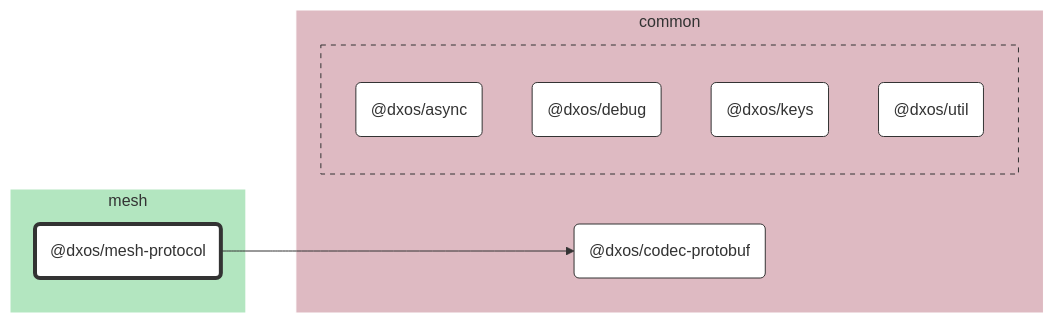
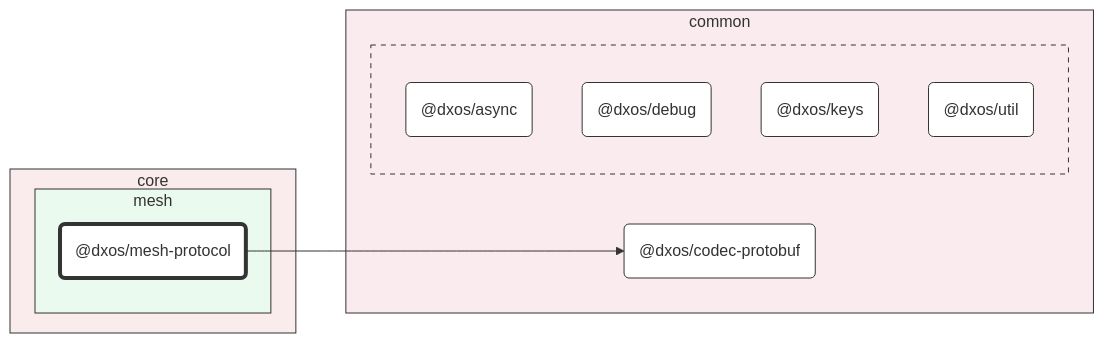
Before and after one commit to dxos/dxos: the diagram in packages/core/mesh/mesh-protocol/docs/README.md, drawn with Mermaid. The commit also changed 93 other files, not shown here.

First line of the commit message:
chore: hierarchical graphs. (#1583)

````diff
--- a/packages/core/mesh/mesh-protocol/docs/README.md
+++ b/packages/core/mesh/mesh-protocol/docs/README.md
@@ -7,39 +7,43 @@
 ```mermaid
 %%{ init: {'flowchart':{'curve':'basis'}} }%%
 
 flowchart LR
 
 %% Classes
 classDef def fill:#fff,stroke:#333,stroke-width:1px
 classDef root fill:#fff,stroke:#333,stroke-width:4px
 
 %% Nodes
 
-subgraph mesh [mesh]
-  style mesh fill:#b3e6c0,stroke:#fff
-  dxos/mesh-protocol("@dxos/mesh-protocol"):::root
-  click dxos/mesh-protocol "dxos/dxos/tree/main/packages/core/mesh/mesh-protocol/docs"
+subgraph core [core]
+  style core fill:#faebec,stroke:#333
+
+  subgraph mesh [mesh]
+    style mesh fill:#ebfaef,stroke:#333
+    dxos/mesh-protocol("@dxos/mesh-protocol"):::root
+    click dxos/mesh-protocol "dxos/dxos/tree/main/packages/core/mesh/mesh-protocol/docs"
+  end
 end
 
 subgraph common [common]
-  style common fill:#debac2,stroke:#fff
+  style common fill:#faebee,stroke:#333
   dxos/codec-protobuf("@dxos/codec-protobuf"):::def
   click dxos/codec-protobuf "dxos/dxos/tree/main/packages/common/codec-protobuf/docs"
 
-  subgraph common-excluded [ ]
-    style common-excluded fill:#debac2,stroke:#333,stroke-dasharray:5 5
+  subgraph _ [ ]
+    style _ fill:#faebee,stroke:#333,stroke-dasharray:5 5
     dxos/async("@dxos/async"):::def
     click dxos/async "dxos/dxos/tree/main/packages/common/async/docs"
     dxos/debug("@dxos/debug"):::def
     click dxos/debug "dxos/dxos/tree/main/packages/common/debug/docs"
     dxos/keys("@dxos/keys"):::def
     click dxos/keys "dxos/dxos/tree/main/packages/common/keys/docs"
     dxos/util("@dxos/util"):::def
     click dxos/util "dxos/dxos/tree/main/packages/common/util/docs"
   end
 end
 
 %% Links
 linkStyle default stroke:#333,stroke-width:1px
 dxos/mesh-protocol --> dxos/codec-protobuf
 ```
````
